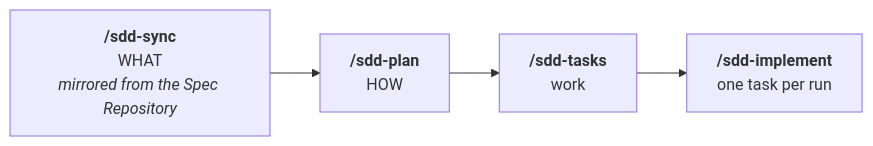
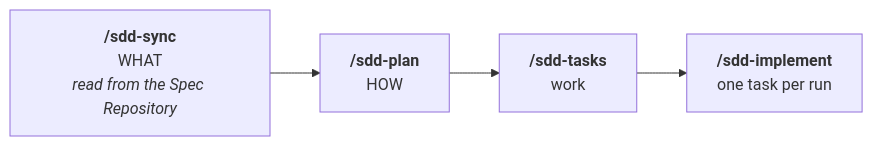
One commit to cabu0124/sdd-project-template changed the diagram in docs/templates/readme.md. Above: the diagram before and after it, drawn with Mermaid. The commit also changed other lines of this file and 24 other files, not shown here.

````diff
--- a/docs/templates/readme.md
+++ b/docs/templates/readme.md
@@ -74,8 +75,8 @@
 ```mermaid
 flowchart LR
-  sync["<b>/sdd-sync</b><br>WHAT<br><i>mirrored from the Spec Repository</i>"]
+  sync["<b>/sdd-sync</b><br>WHAT<br><i>read from the Spec Repository</i>"]
   plan["<b>/sdd-plan</b><br>HOW"]
   tasks["<b>/sdd-tasks</b><br>work"]
   impl["<b>/sdd-implement</b><br>one task per run"]
   sync --> plan --> tasks --> impl
 ```
````
